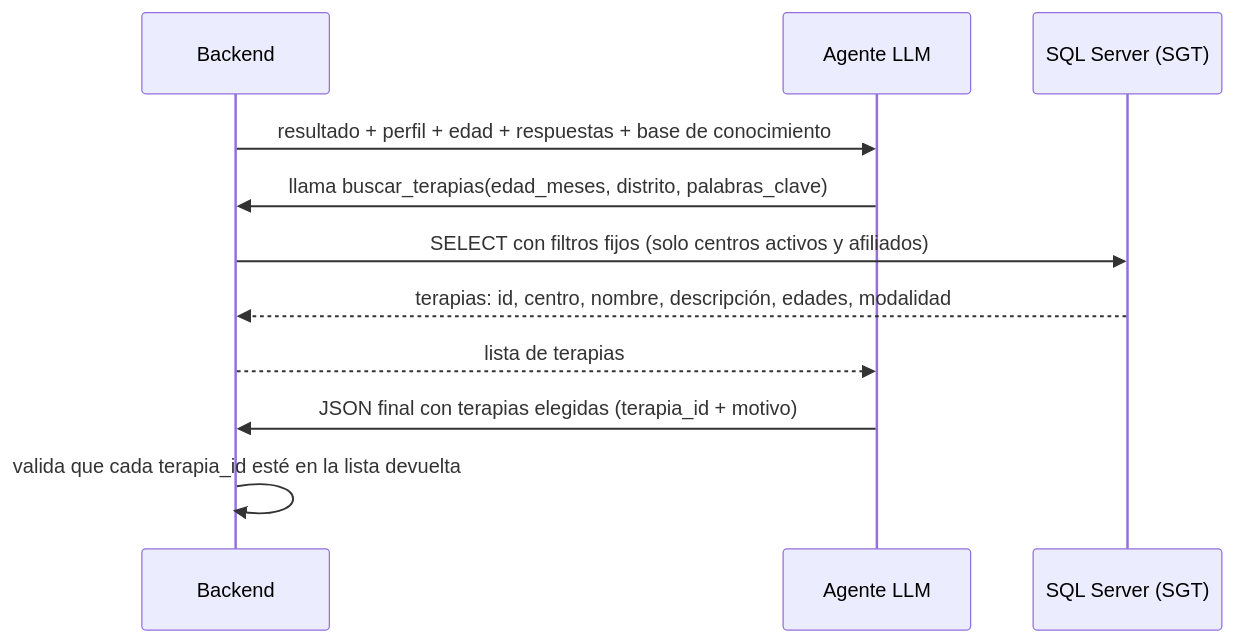
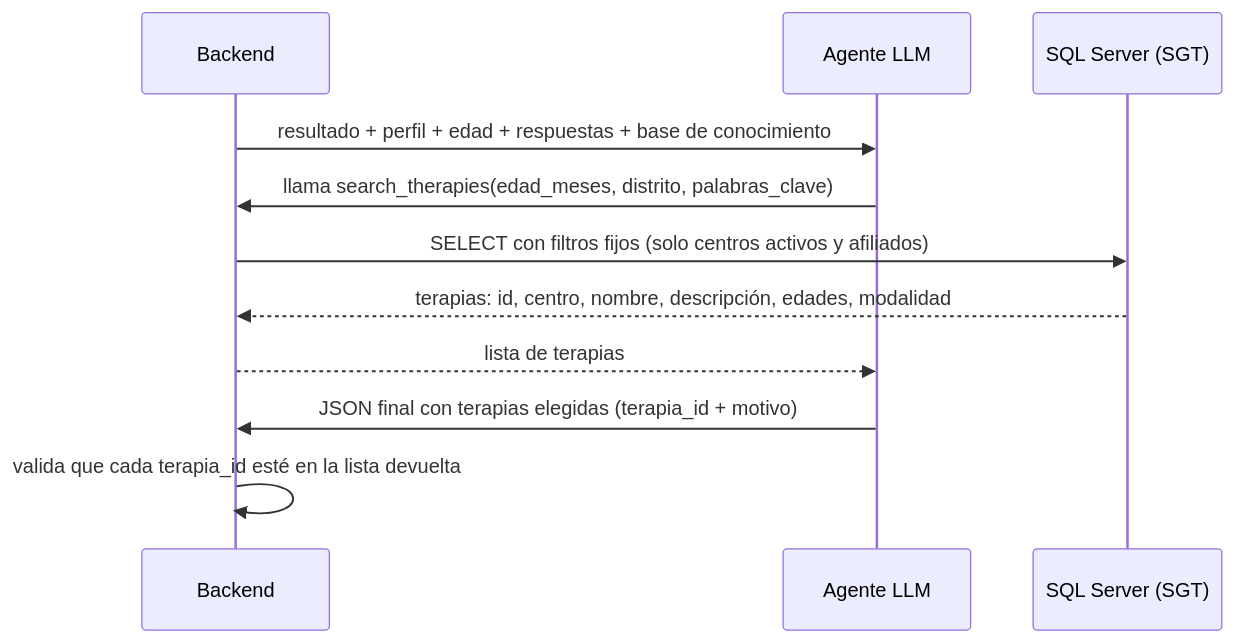
Before and after one commit to ErnestoSCL/neuroa-modelo-tamizaje: the second of 2 diagrams in docs/consideraciones_app_tamizaje.md, drawn with Mermaid. The commit also changed other lines of this file and 1 other file, not shown here.

````diff
--- a/docs/consideraciones_app_tamizaje.md
+++ b/docs/consideraciones_app_tamizaje.md
@@ -432,13 +432,13 @@
 ```mermaid
 sequenceDiagram
     participant API as Backend
     participant LLM as Agente LLM
     participant DB as SQL Server (SGT)
     API->>LLM: resultado + perfil + edad + respuestas + base de conocimiento
-    LLM->>API: llama buscar_terapias(edad_meses, distrito, palabras_clave)
+    LLM->>API: llama search_therapies(edad_meses, distrito, palabras_clave)
     API->>DB: SELECT con filtros fijos (solo centros activos y afiliados)
     DB-->>API: terapias: id, centro, nombre, descripción, edades, modalidad
     API-->>LLM: lista de terapias
     LLM->>API: JSON final con terapias elegidas (terapia_id + motivo)
     API->>API: valida que cada terapia_id esté en la lista devuelta
 ```
````
